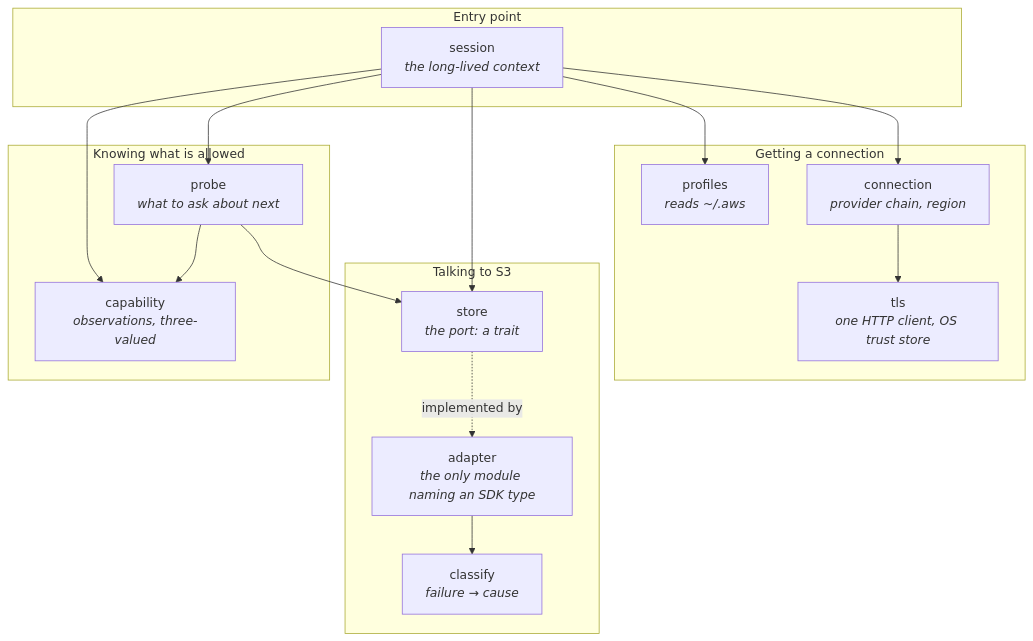
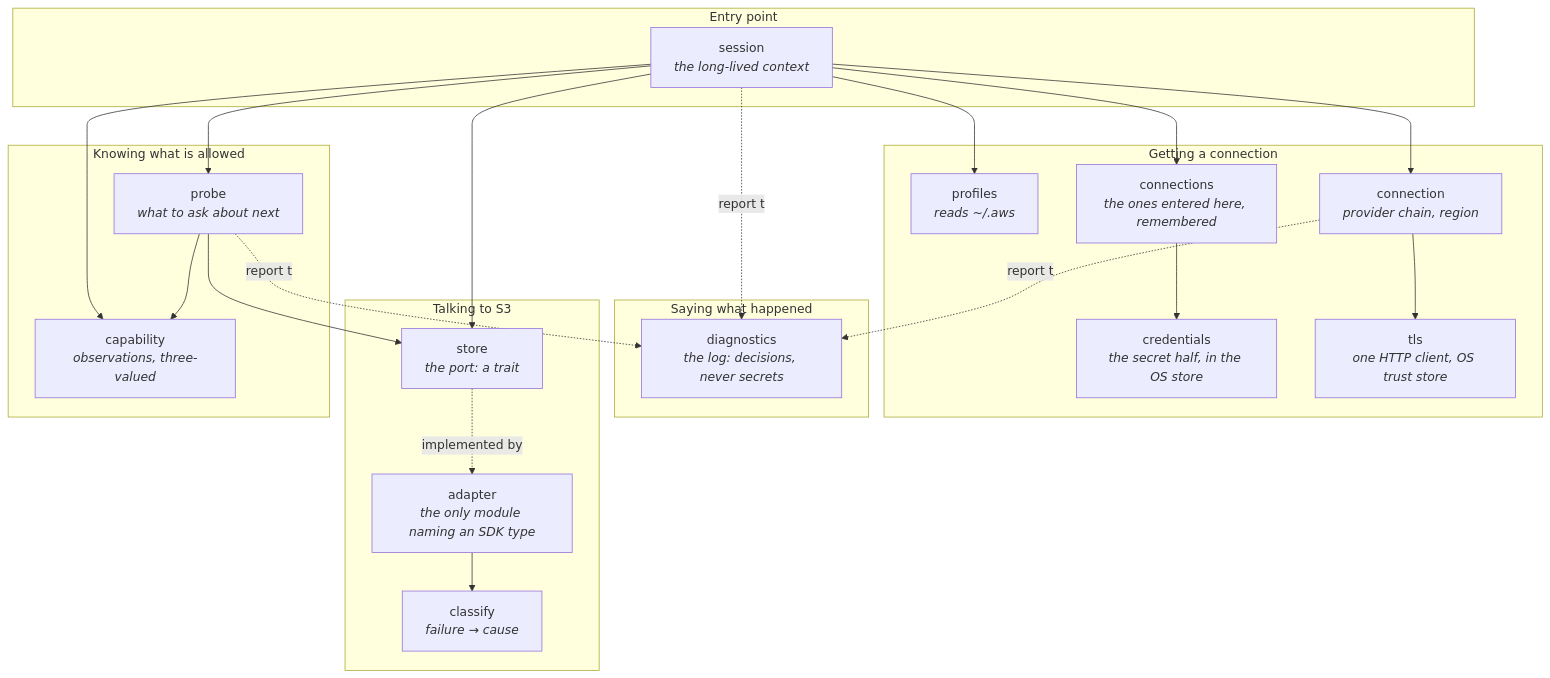
The second of 4 diagrams in docs/architecture.md (vunm-io/caixonho), drawn with Mermaid before and after one commit. The commit also changed other lines of this file and 3 other files, not shown here.

````diff
--- a/docs/architecture.md
+++ b/docs/architecture.md
@@ -36,27 +36,34 @@
 ```mermaid
 flowchart TB
     subgraph entry ["Entry point"]
         SESSION["session<br/><i>the long-lived context</i>"]
     end
     subgraph resolve ["Getting a connection"]
         PROFILES["profiles<br/><i>reads ~/.aws</i>"]
+        CONNECTIONS["connections<br/><i>the ones entered here, remembered</i>"]
+        CREDENTIALS["credentials<br/><i>the secret half, in the OS store</i>"]
         CONNECTION["connection<br/><i>provider chain, region</i>"]
         TLS["tls<br/><i>one HTTP client, OS trust store</i>"]
+    end
+    subgraph telling ["Saying what happened"]
+        DIAGNOSTICS["diagnostics<br/><i>the log: decisions, never secrets</i>"]
     end
     subgraph work ["Talking to S3"]
         STORE["store<br/><i>the port: a trait</i>"]
         ADAPTER["adapter<br/><i>the only module naming an SDK type</i>"]
         CLASSIFY["classify<br/><i>failure → cause</i>"]
     end
     subgraph knowing ["Knowing what is allowed"]
         CAPABILITY["capability<br/><i>observations, three-valued</i>"]
         PROBE["probe<br/><i>what to ask about next</i>"]
     end
 
-    SESSION --> PROFILES & CONNECTION & STORE & CAPABILITY & PROBE
+    SESSION --> PROFILES & CONNECTIONS & CONNECTION & STORE & CAPABILITY & PROBE
+    CONNECTIONS --> CREDENTIALS
     CONNECTION --> TLS
     STORE -.implemented by.-> ADAPTER
     ADAPTER --> CLASSIFY
     PROBE --> STORE
     PROBE --> CAPABILITY
+    SESSION & CONNECTION & PROBE -.report to.-> DIAGNOSTICS
 ```
````
